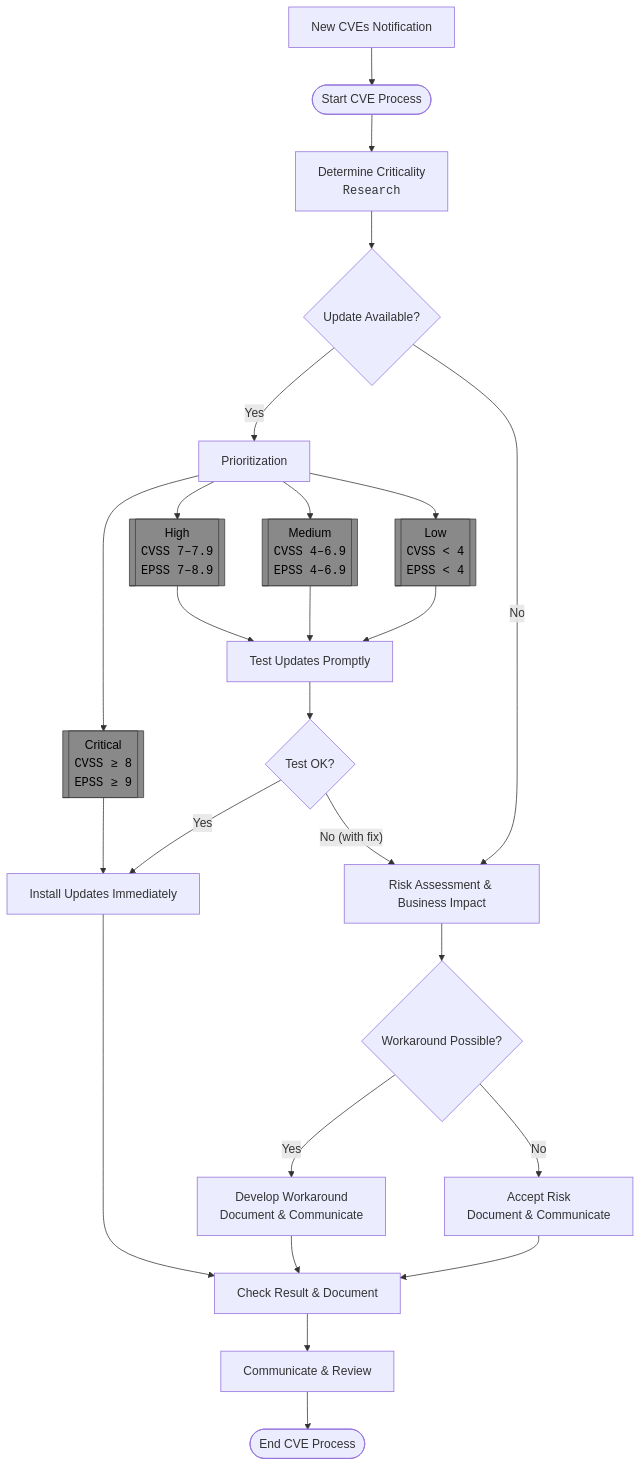
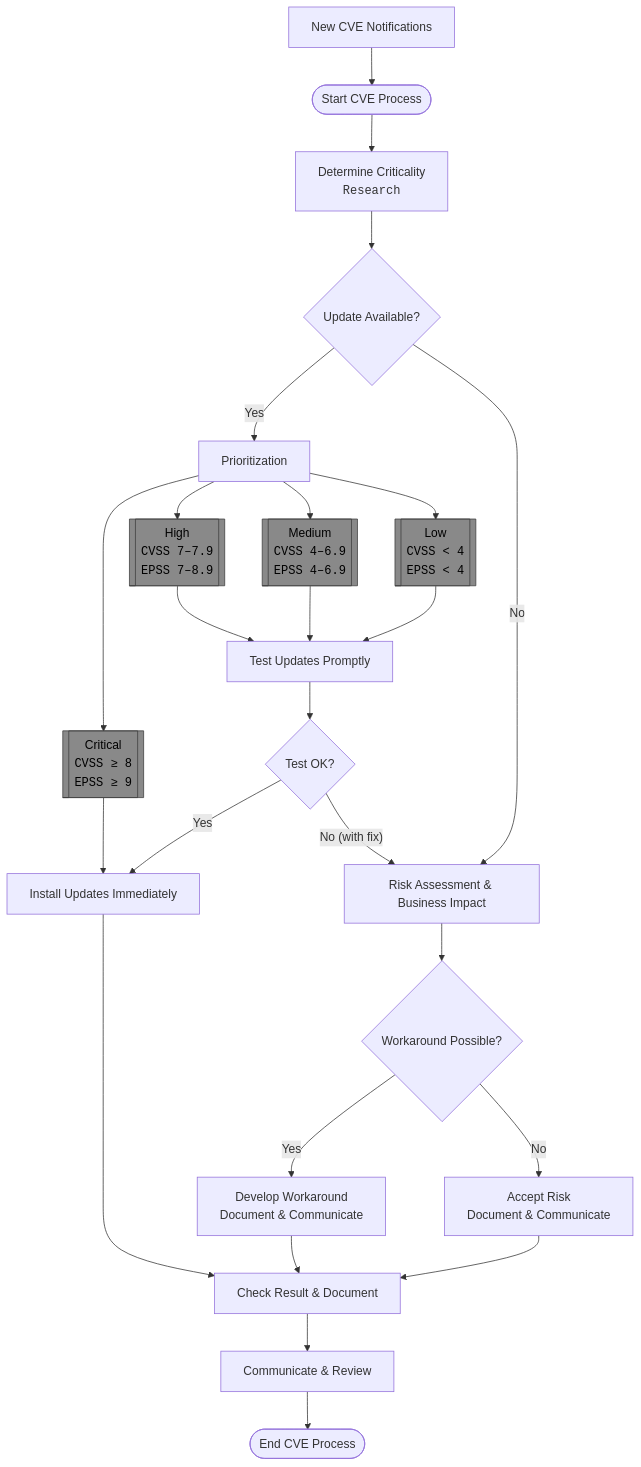
The diagram in docs/decisions/draft/xxx-adr-patch-process.md (sentenz/convention), drawn with Mermaid before and after one commit. The commit also changed 25 other files, not shown here.

`````diff
--- a/docs/decisions/draft/xxx-adr-patch-process.md
+++ b/docs/decisions/draft/xxx-adr-patch-process.md
@@ -57,43 +57,43 @@
     ```mermaid
     flowchart TD
         %% Notification and Initiation
-        A[New CVEs Notification] --> B([Start CVE Process])
+        A[New CVE Notifications] --> B([Start CVE Process])
         B --> C[Determine Criticality<br/><code>Research</code>]
         C --> D{Update Available?}
 
         %% Update available
         D -- Yes --> E[Prioritization]
 
         %% Prioritization based on security best practices
         E --> L1[[Critical<br/><code>CVSS ≥ 8</code><br/><code>EPSS ≥ 9</code>]]
         E --> L2[[High<br/><code>CVSS 7–7.9</code><br/><code>EPSS 7–8.9</code>]]
         E --> L3[[Medium<br/><code>CVSS 4–6.9</code><br/><code>EPSS 4–6.9</code>]]
         E --> L4[[Low<br/><code>CVSS &lt; 4</code><br/><code>EPSS &lt; 4</code>]]
 
         %% Patch and Test
         L1 --> H[Install Updates Immediately]
         L2 --> F[Test Updates Promptly]
         L3 --> F
         L4 --> F
 
         F --> G{Test OK?}
         G -- Yes --> H
         H --> I[Check Result & Document]
         I --> J[Communicate & Review]
         J --> K([End CVE Process])
 
         %% Test not OK
         G -- No (with fix) --> M[Risk Assessment & Business Impact]
         M --> N{Workaround Possible?}
         N -- Yes --> O[Develop Workaround<br/>Document & Communicate]
         O --> I
         N -- No --> P[Accept Risk<br/>Document & Communicate]
         P --> I
 
         %% No update available
         D -- No --> M
 
         %% Optional styling to visually distinguish the annotation nodes
         classDef option fill:#898989,stroke:#3D3D3D,stroke-width:1px,color:#000
         class L1,L2,L3,L4 option
     ````
`````
